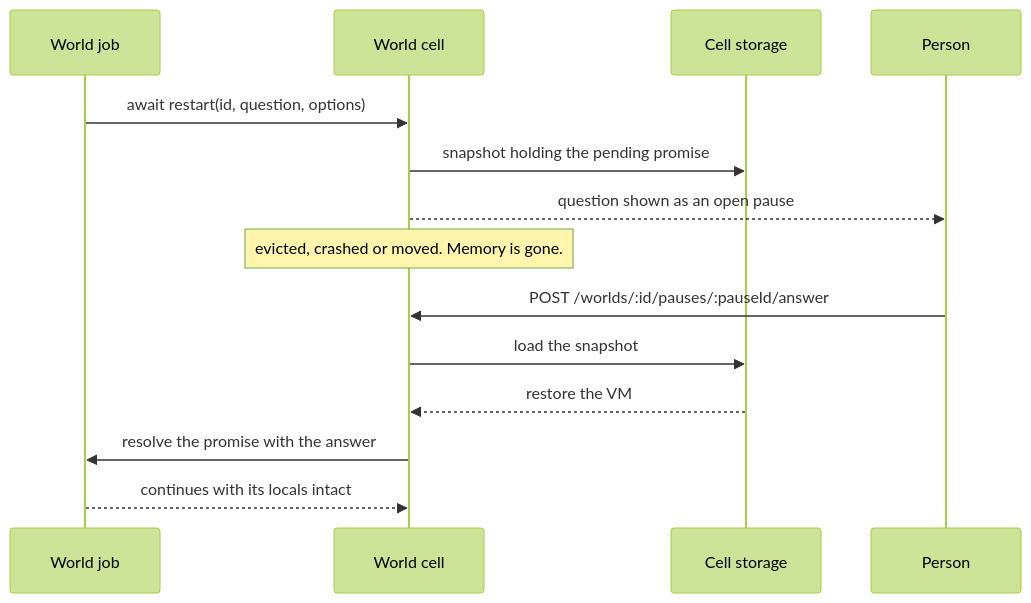
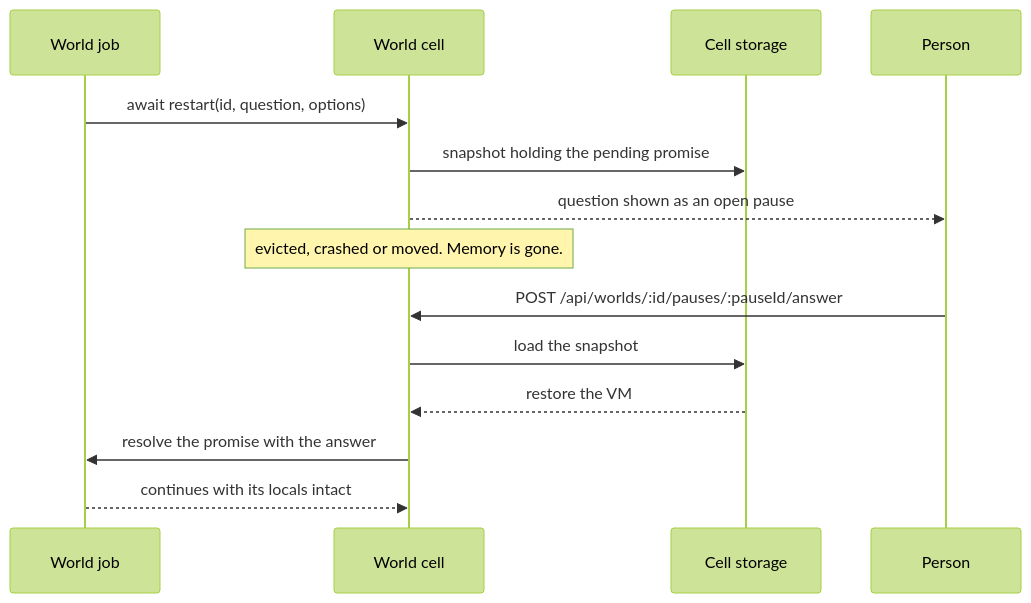
The third of 3 diagrams in README.md (igouss/pi-world), drawn with Mermaid (forest theme) before and after one commit. The commit also changed other lines of this file and 1 other file, not shown here.

First line of the commit message:
readme: show how a call travels through both worlds' isolates; bring the rest up to date

````diff
--- a/README.md
+++ b/README.md
@@ -496,16 +525,16 @@
 ```mermaid
 sequenceDiagram
     participant Job as World job
     participant Cell as World cell
     participant Store as Cell storage
     participant Person
     Job->>Cell: await restart(id, question, options)
     Cell->>Store: snapshot holding the pending promise
     Cell-->>Person: question shown as an open pause
     Note over Cell: evicted, crashed or moved. Memory is gone.
-    Person->>Cell: POST /worlds/:id/pauses/:pauseId/answer
+    Person->>Cell: POST /api/worlds/:id/pauses/:pauseId/answer
     Cell->>Store: load the snapshot
     Store-->>Cell: restore the VM
     Cell->>Job: resolve the promise with the answer
     Job-->>Cell: continues with its locals intact
 ```
````
